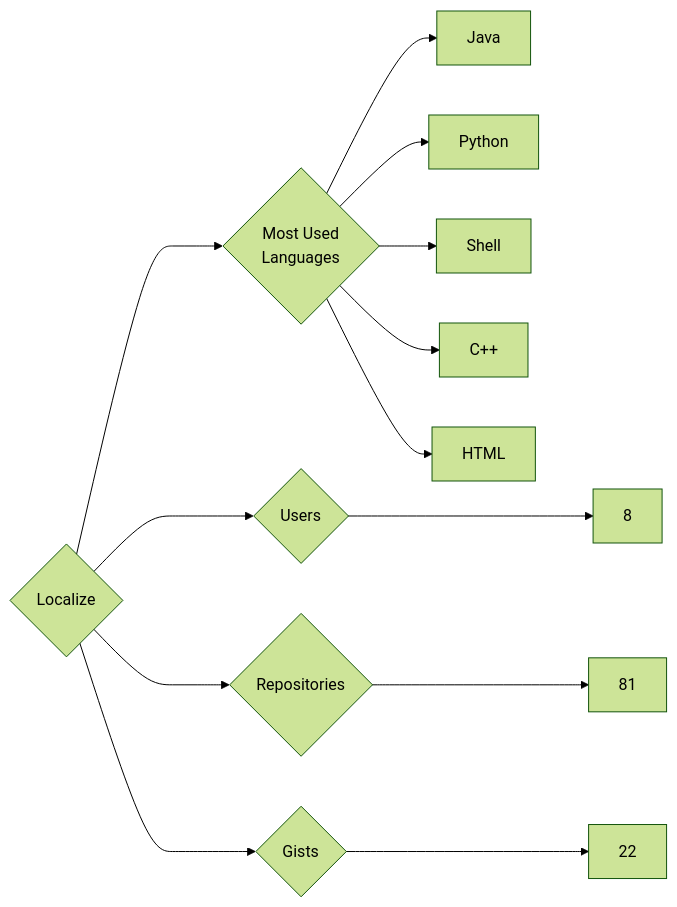
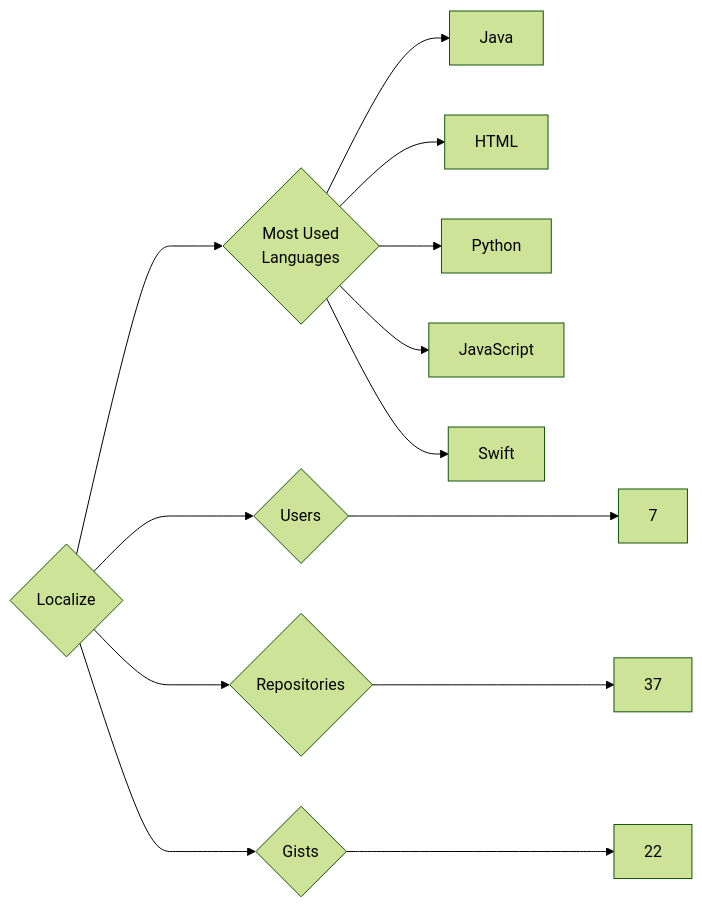
Before and after one commit to trickest/insiders: the diagram in targets/Localize/README.md, drawn with Mermaid (forest theme). The commit also changed 757 other files, not shown here.

````diff
--- a/targets/Localize/README.md
+++ b/targets/Localize/README.md
@@ -3,13 +3,13 @@
 ```mermaid
 graph LR
 COMPANY_NAME{Localize}
-COMPANY_NAME ---> U{Users} ---> UN[8]
-COMPANY_NAME ---> R{Repositories} ---> RN[81]
+COMPANY_NAME ---> U{Users} ---> UN[7]
+COMPANY_NAME ---> R{Repositories} ---> RN[37]
 COMPANY_NAME ---> G{Gists} ---> GN[22]
 COMPANY_NAME ---> ML{Most Used<br>Languages}
 ML --> Java[Java]
+ML --> HTML[HTML]
 ML --> Python[Python]
-ML --> Shell[Shell]
-ML --> C++[C++]
-ML --> HTML[HTML]
+ML --> JavaScript[JavaScript]
+ML --> Swift[Swift]
 ```
````
